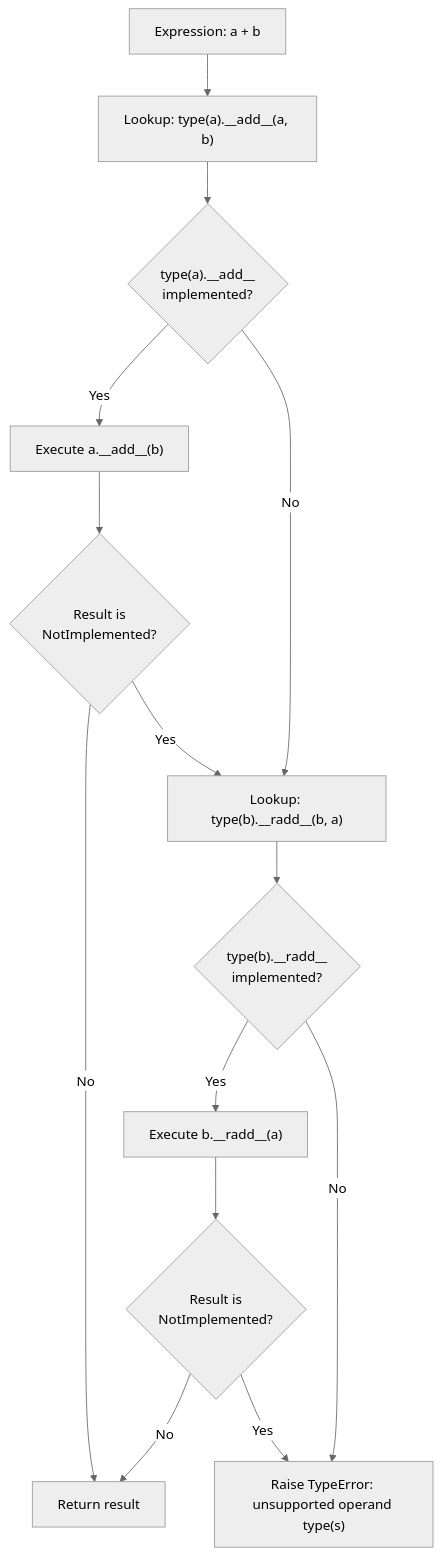
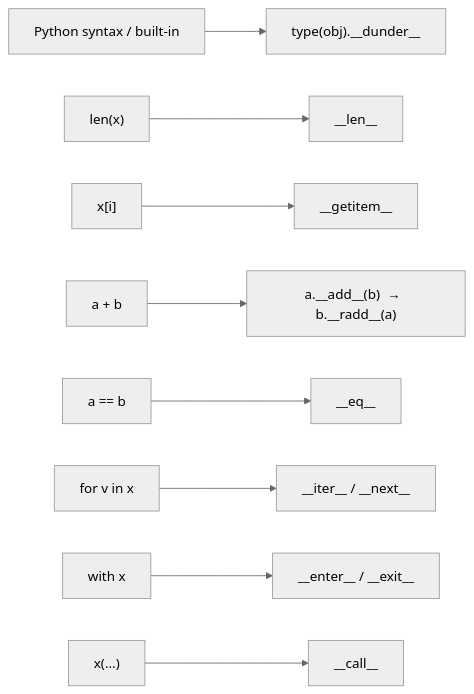
Before and after one commit to TapanKumarBarik/Backend-roadmap: the diagram in content/lld/27-python-interview/07-dunder-methods-and-the-data-model/README.md, drawn with Mermaid (neutral theme). The commit also changed other lines of this file and 68 other files, not shown here.

````diff
--- a/content/lld/27-python-interview/07-dunder-methods-and-the-data-model/README.md
+++ b/content/lld/27-python-interview/07-dunder-methods-and-the-data-model/README.md
@@ -46,16 +26,11 @@
 ```mermaid
-flowchart TD
-    Start["Expression: a + b"] --> Step1["Lookup: type(a).__add__(a, b)"]
-    Step1 --> CheckAdd{"type(a).__add__\nimplemented?"}
-    CheckAdd -- Yes --> CallAdd["Execute a.__add__(b)"]
-    CallAdd --> CheckResult{"Result is\nNotImplemented?"}
-    CheckResult -- No --> Success["Return result"]
-    CheckResult -- Yes --> TryReverse["Lookup: type(b).__radd__(b, a)"]
-    CheckAdd -- No --> TryReverse
-    TryReverse --> CheckRAdd{"type(b).__radd__\nimplemented?"}
-    CheckRAdd -- Yes --> CallRAdd["Execute b.__radd__(a)"]
-    CallRAdd --> CheckRResult{"Result is\nNotImplemented?"}
-    CheckRResult -- No --> Success
-    CheckRResult -- Yes --> RaiseError["Raise TypeError: unsupported operand type(s)"]
-    CheckRAdd -- No --> RaiseError
+flowchart LR
+  Syntax["Python syntax / built-in"] --> Dunder["type(obj).__dunder__"]
+  S1["len(x)"] --> D1["__len__"]
+  S2["x[i]"] --> D2["__getitem__"]
+  S3["a + b"] --> D3["a.__add__(b)  →  b.__radd__(a)"]
+  S4["a == b"] --> D4["__eq__"]
+  S5["for v in x"] --> D5["__iter__ / __next__"]
+  S6["with x"] --> D6["__enter__ / __exit__"]
+  S7["x(...)"] --> D7["__call__"]
 ```
````
